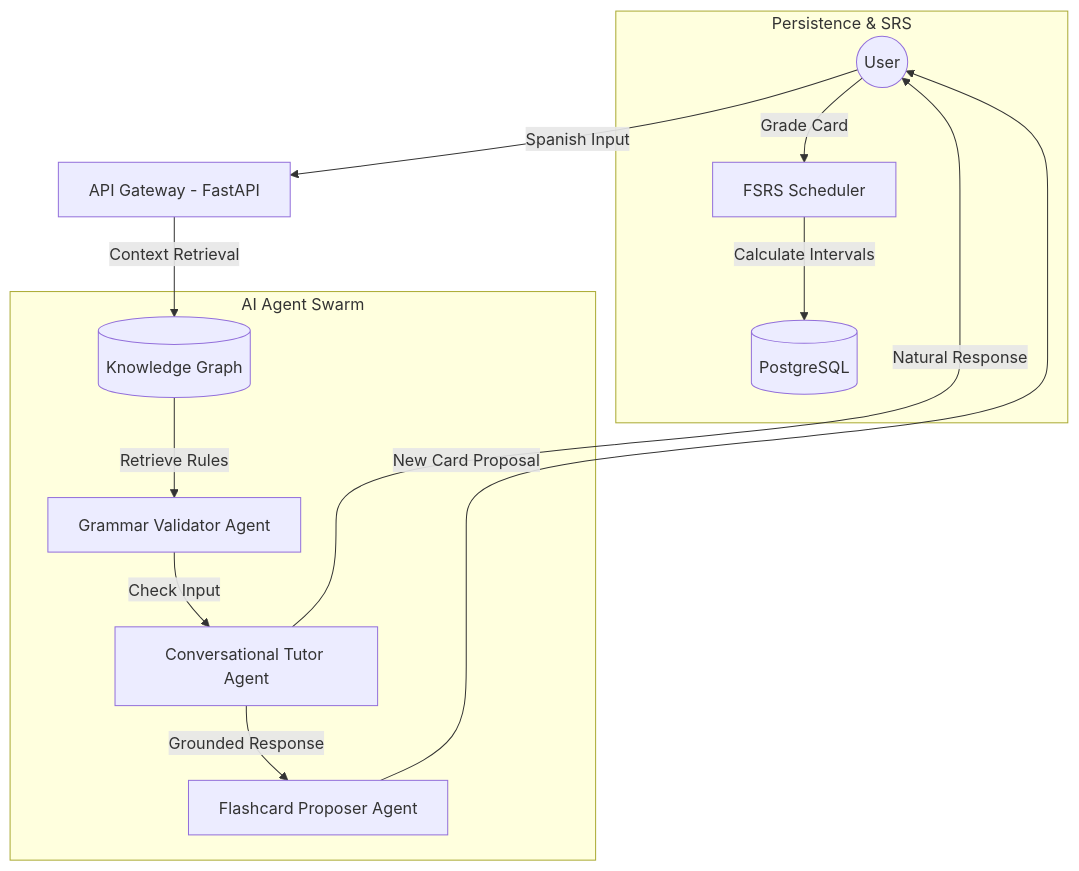
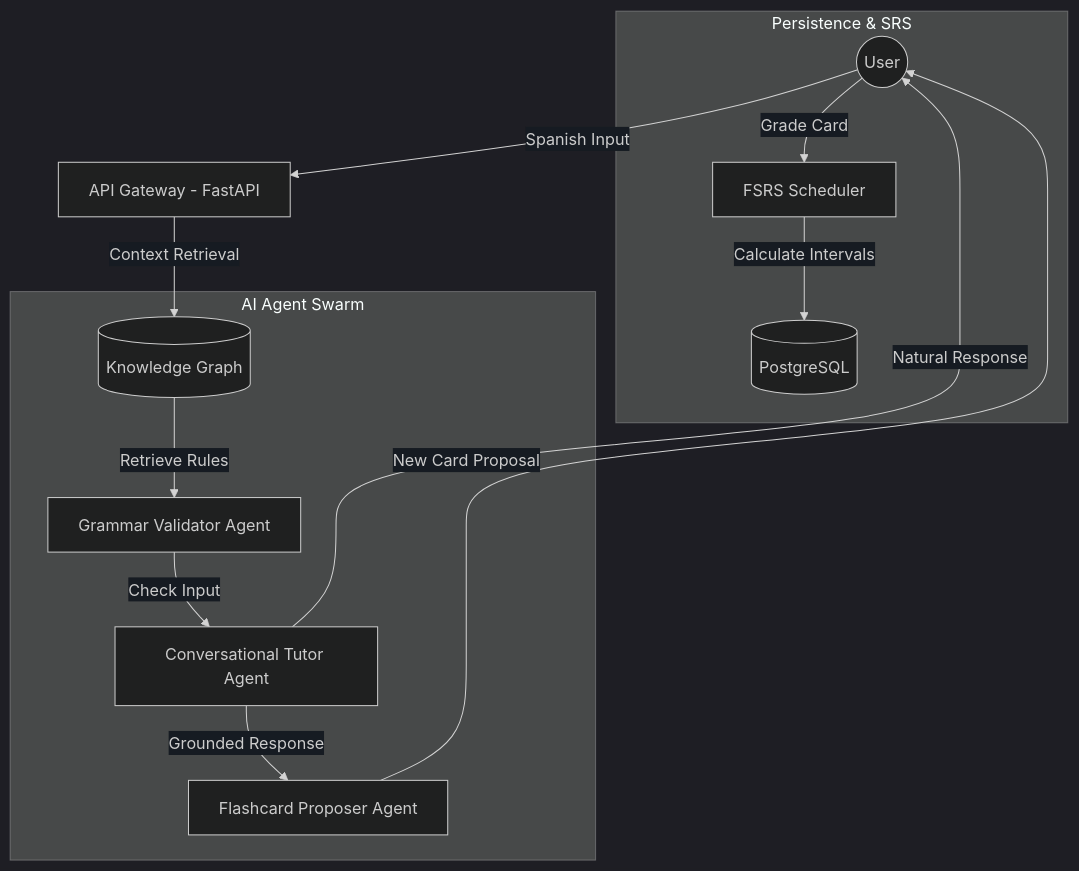
The diagram in README.md (tomstehling/tomstehling), drawn with Mermaid before and after one commit. The commit also changed other lines of this file, not shown here.

Commit message:
docs: optimize README for Dark Mode and add technical recruiter refinements

````diff
--- a/README.md
+++ b/README.md
@@ -32,20 +38,21 @@
 ```mermaid
+%%{init: {'theme': 'dark', 'themeVariables': { 'primaryColor': '#1f6feb', 'edgeLabelBackground':'#161b22', 'tertiaryColor': '#161b22'}}}%%
 graph TD
     User((User)) -->|Spanish Input| Gateway[API Gateway - FastAPI]
     Gateway -->|Context Retrieval| KG[(Knowledge Graph)]
     
     subgraph AI Agent Swarm
         Validator[Grammar Validator Agent]
         KG -->|Retrieve Rules| Validator
         Validator -->|Check Input| Tutor[Conversational Tutor Agent]
         Tutor -->|Grounded Response| Proposer[Flashcard Proposer Agent]
     end
     
     Proposer -->|New Card Proposal| User
     Tutor -->|Natural Response| User
     
     subgraph Persistence & SRS
         SRS[FSRS Scheduler] -->|Calculate Intervals| DB[(PostgreSQL)]
         User -->|Grade Card| SRS
     end
 ```
````
